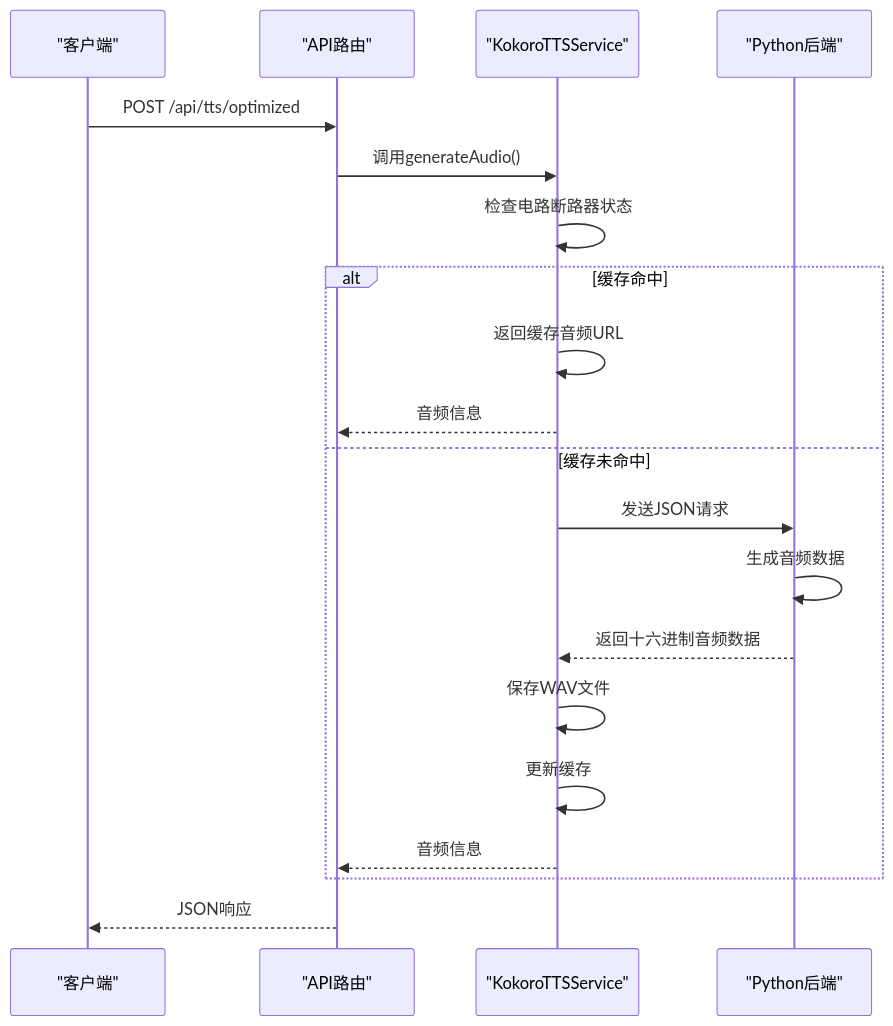
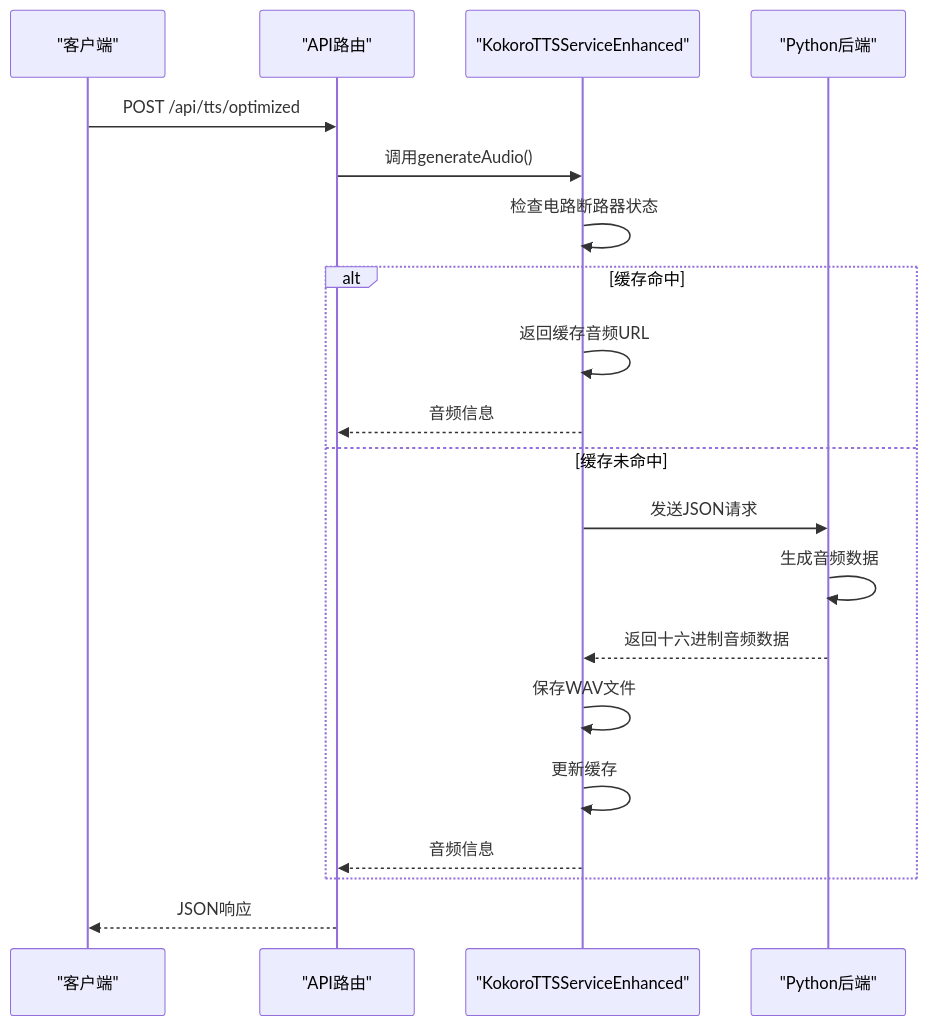
The second of 7 diagrams in .qoder/repowiki/zh/content/后端API接口/语音合成API/语音合成API.md (arthurlee116/english-listening-trainer), drawn with Mermaid before and after one commit. The commit also changed other lines of this file and 22 other files, not shown here.

````diff
--- a/.qoder/repowiki/zh/content/后端API接口/语音合成API/语音合成API.md
+++ b/.qoder/repowiki/zh/content/后端API接口/语音合成API/语音合成API.md
@@ -81,22 +90,22 @@
 ```mermaid
 sequenceDiagram
 participant Client as "客户端"
 participant API as "API路由"
-participant Service as "KokoroTTSService"
+participant Service as "KokoroTTSServiceEnhanced"
 participant Python as "Python后端"
 Client->>API : POST /api/tts/optimized
 API->>Service : 调用generateAudio()
 Service->>Service : 检查电路断路器状态
 alt 缓存命中
 Service->>Service : 返回缓存音频URL
 Service-->>API : 音频信息
 else 缓存未命中
 Service->>Python : 发送JSON请求
 Python->>Python : 生成音频数据
 Python-->>Service : 返回十六进制音频数据
 Service->>Service : 保存WAV文件
 Service->>Service : 更新缓存
 Service-->>API : 音频信息
 end
 API-->>Client : JSON响应
 ```
````
